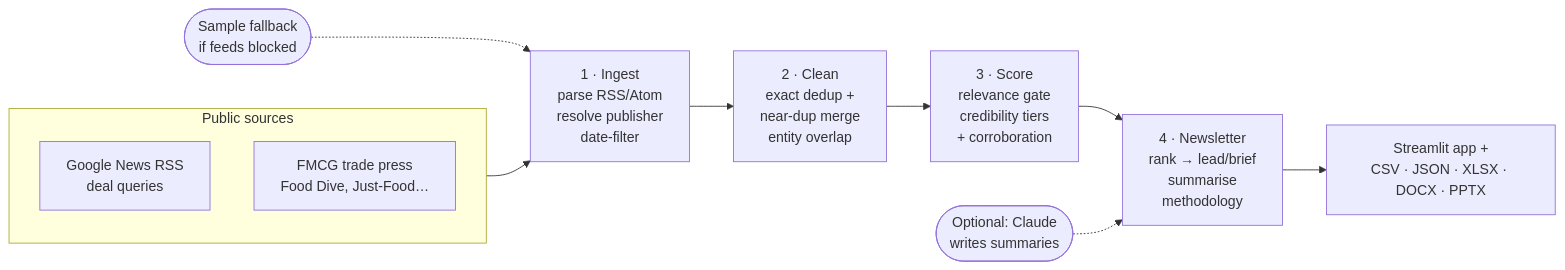
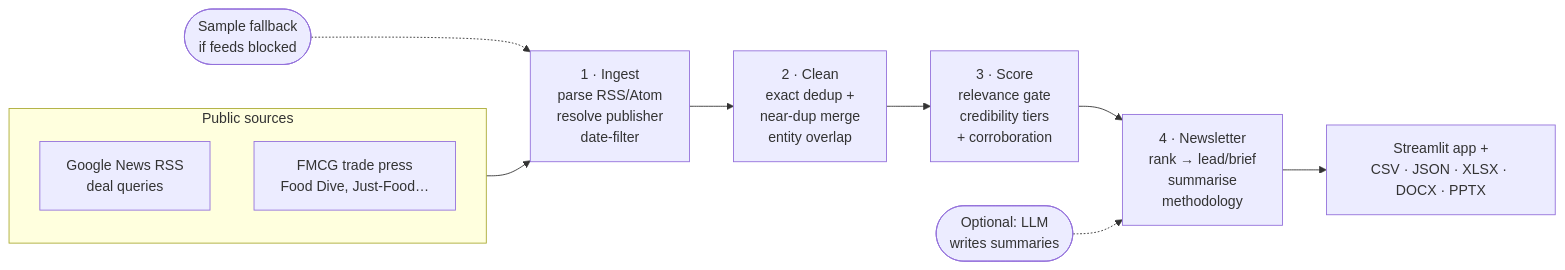
Before and after one commit to Aviral-77/beroni: the diagram in README.md, drawn with Mermaid. The commit also changed other lines of this file and 3 other files, not shown here.

````diff
--- a/README.md
+++ b/README.md
@@ -37,19 +37,19 @@
 ```mermaid
 flowchart LR
     subgraph SRC[Public sources]
         G[Google News RSS<br/>deal queries]
         T[FMCG trade press<br/>Food Dive, Just-Food…]
     end
     SRC --> I
 
     I[1 · Ingest<br/>parse RSS/Atom<br/>resolve publisher<br/>date-filter]
     C[2 · Clean<br/>exact dedup +<br/>near-dup merge<br/>entity overlap]
     S[3 · Score<br/>relevance gate<br/>credibility tiers<br/>+ corroboration]
     N[4 · Newsletter<br/>rank → lead/brief<br/>summarise<br/>methodology]
 
     I --> C --> S --> N
-    LLM([Optional: Claude<br/>writes summaries]) -.-> N
+    LLM([Optional: LLM<br/>writes summaries]) -.-> N
     SAMPLE([Sample fallback<br/>if feeds blocked]) -.-> I
 
     N --> O[Streamlit app +<br/>CSV · JSON · XLSX · DOCX · PPTX]
 ```
````
